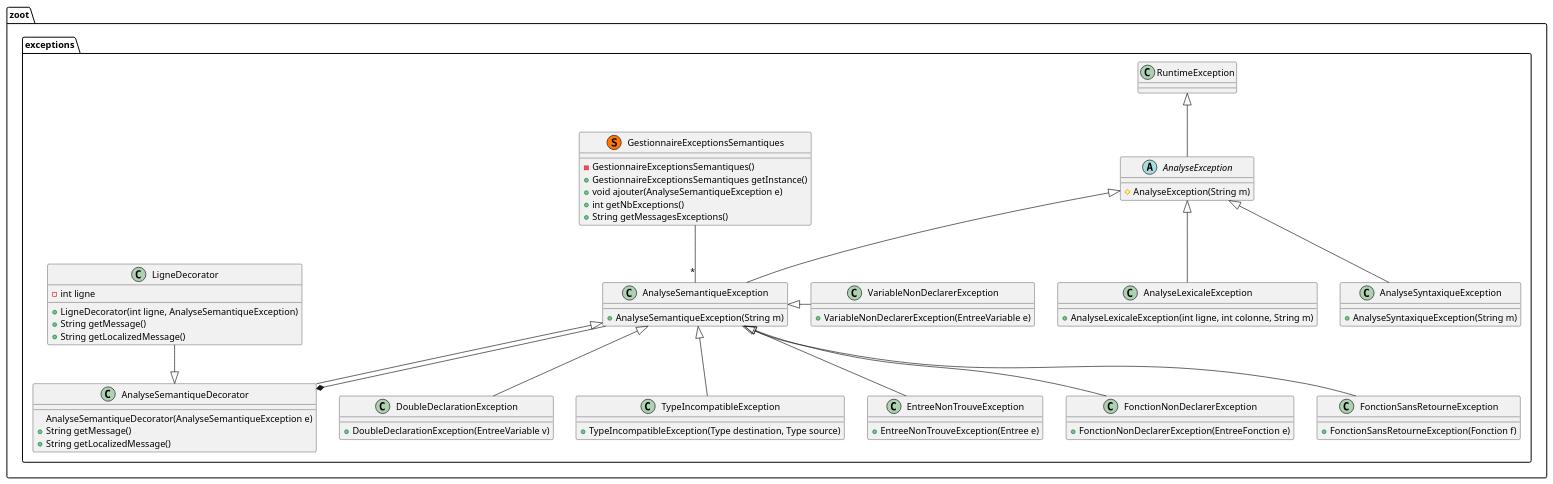
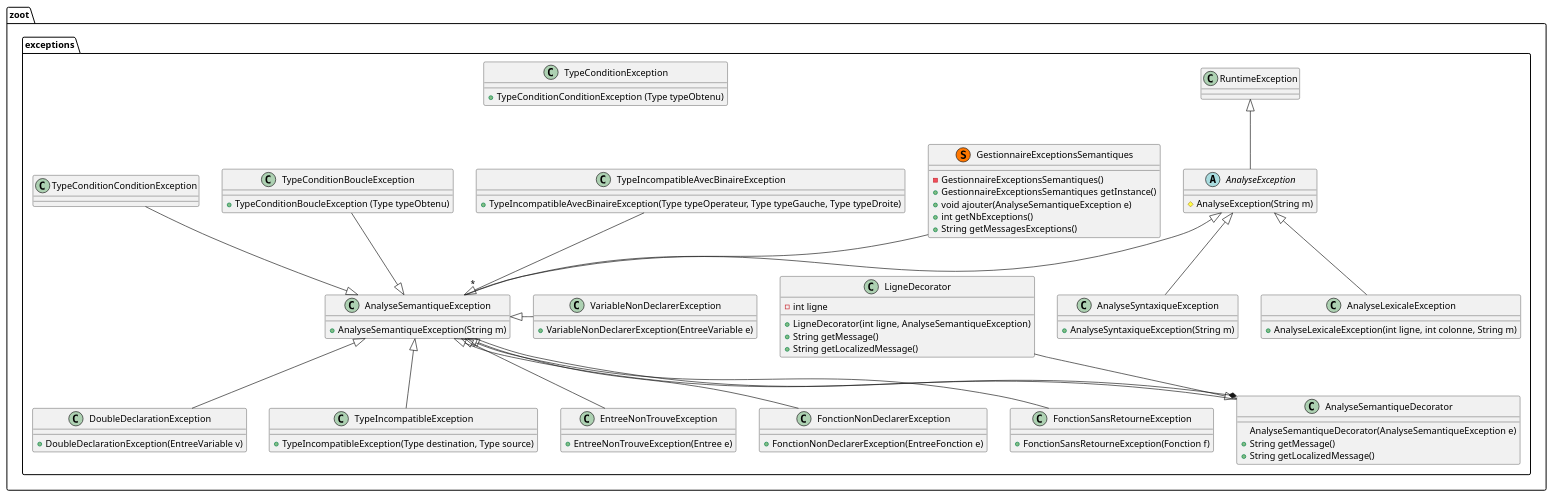
Before and after one commit to lmtb06/zoot: the diagram in diagrammes/classe/exceptions.puml, drawn with PlantUML. The commit also changed 35 other files, not shown here.

```diff
--- a/diagrammes/classe/exceptions.puml
+++ b/diagrammes/classe/exceptions.puml
@@ -1,83 +1,98 @@
 @startuml "Package exceptions"
 
 namespace zoot.exceptions {
     ' Includes
     ' Classes
     abstract class AnalyseException {
         # AnalyseException(String m)
     }
 
     class AnalyseLexicaleException {
         + AnalyseLexicaleException(int ligne, int colonne, String m)
     }
 
     class AnalyseSyntaxiqueException {
         + AnalyseSyntaxiqueException(String m)
     }
 
     class AnalyseSemantiqueException {
         + AnalyseSemantiqueException(String m)
     }
 
     class GestionnaireExceptionsSemantiques << (S,#FF7700) >> {
         - GestionnaireExceptionsSemantiques()
         + GestionnaireExceptionsSemantiques getInstance()
         + void ajouter(AnalyseSemantiqueException e)
         + int getNbExceptions()
         + String getMessagesExceptions()
     }
 
     class AnalyseSemantiqueDecorator {
         AnalyseSemantiqueDecorator(AnalyseSemantiqueException e)
         + String getMessage()
         + String getLocalizedMessage()
     }
 
     class DoubleDeclarationException {
         + DoubleDeclarationException(EntreeVariable v)
     }
 
     class TypeIncompatibleException {
         + TypeIncompatibleException(Type destination, Type source)
     }
 
     class EntreeNonTrouveException {
         + EntreeNonTrouveException(Entree e)
     }
 
     class VariableNonDeclarerException {
         + VariableNonDeclarerException(EntreeVariable e)
     }
 
     class FonctionNonDeclarerException {
         + FonctionNonDeclarerException(EntreeFonction e)
     }
 
     class FonctionSansRetourneException {
         + FonctionSansRetourneException(Fonction f)
     }
 
+    class TypeIncompatibleAvecBinaireException {
+        + TypeIncompatibleAvecBinaireException(Type typeOperateur, Type typeGauche, Type typeDroite)
+    }
+
+    class TypeConditionException {
+        + TypeConditionConditionException (Type typeObtenu)
+    }
+
+    class TypeConditionBoucleException {
+        + TypeConditionBoucleException (Type typeObtenu)
+    }
+
     class LigneDecorator {
         - int ligne
         + LigneDecorator(int ligne, AnalyseSemantiqueException)
         + String getMessage()
         + String getLocalizedMessage()
     }
 
     ' Relations entre les classes
     AnalyseException -up-|> RuntimeException
     AnalyseLexicaleException -up-|> AnalyseException
     AnalyseSyntaxiqueException -up-|> AnalyseException
     AnalyseSemantiqueException -up-|> AnalyseException
     AnalyseSemantiqueDecorator -up-|> AnalyseSemantiqueException
     AnalyseSemantiqueDecorator *-- AnalyseSemantiqueException
     DoubleDeclarationException -up-|> AnalyseSemantiqueException
     TypeIncompatibleException -up-|> AnalyseSemantiqueException
     VariableNonDeclarerException -left-|> AnalyseSemantiqueException
     FonctionNonDeclarerException -up-|> AnalyseSemantiqueException
     EntreeNonTrouveException -up-|> AnalyseSemantiqueException
     FonctionSansRetourneException -up-|> AnalyseSemantiqueException
     LigneDecorator --|> AnalyseSemantiqueDecorator
     GestionnaireExceptionsSemantiques -down-"*" AnalyseSemantiqueException
+    TypeIncompatibleAvecBinaireException -down-|> AnalyseSemantiqueException
+    TypeConditionBoucleException --|> AnalyseSemantiqueException
+    TypeConditionConditionException --|> AnalyseSemantiqueException
 }
 @enduml
```
